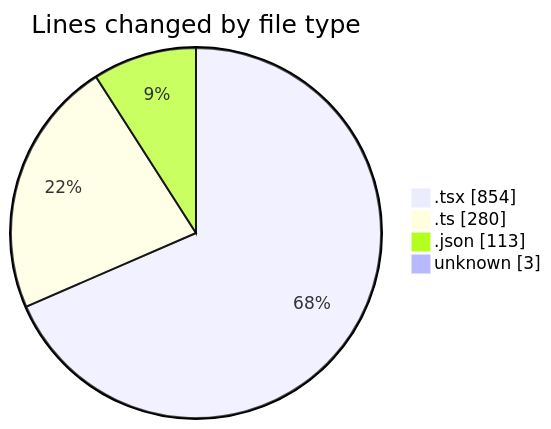
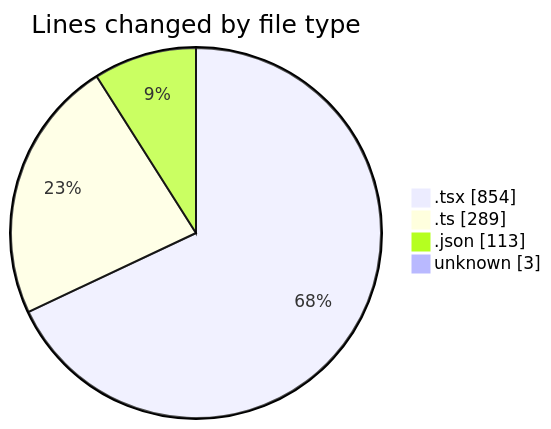
One commit to momahboobian/code-tracking changed the first of 2 diagrams in 2025-02-23/pdf-analysis-app/README.md. Above: the diagram before and after it, drawn with Mermaid. The commit also changed other lines of this file and 1 other file, not shown here.

````diff
--- a/2025-02-23/pdf-analysis-app/README.md
+++ b/2025-02-23/pdf-analysis-app/README.md
@@ -33,8 +33,8 @@
 ```mermaid
 pie showData
 title Lines changed by file type
 ".tsx" : 854
-".ts" : 280
+".ts" : 289
 ".json" : 113
 "unknown" : 3
 ```
````
